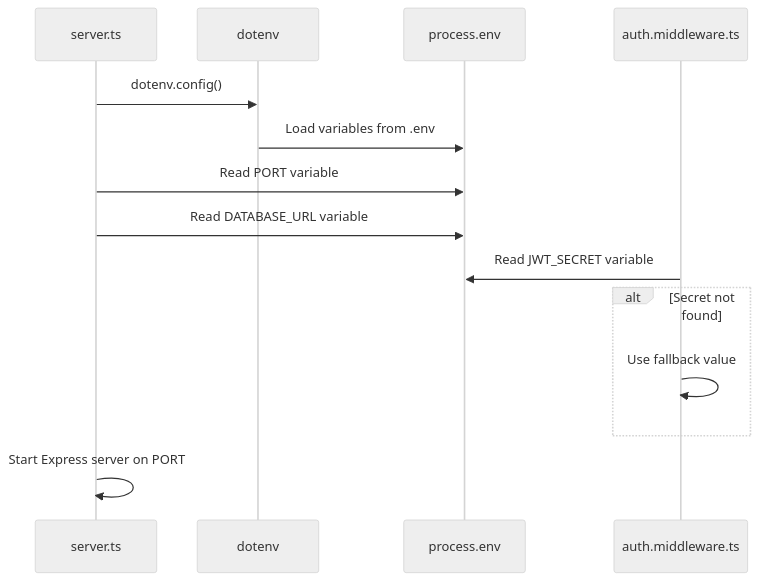
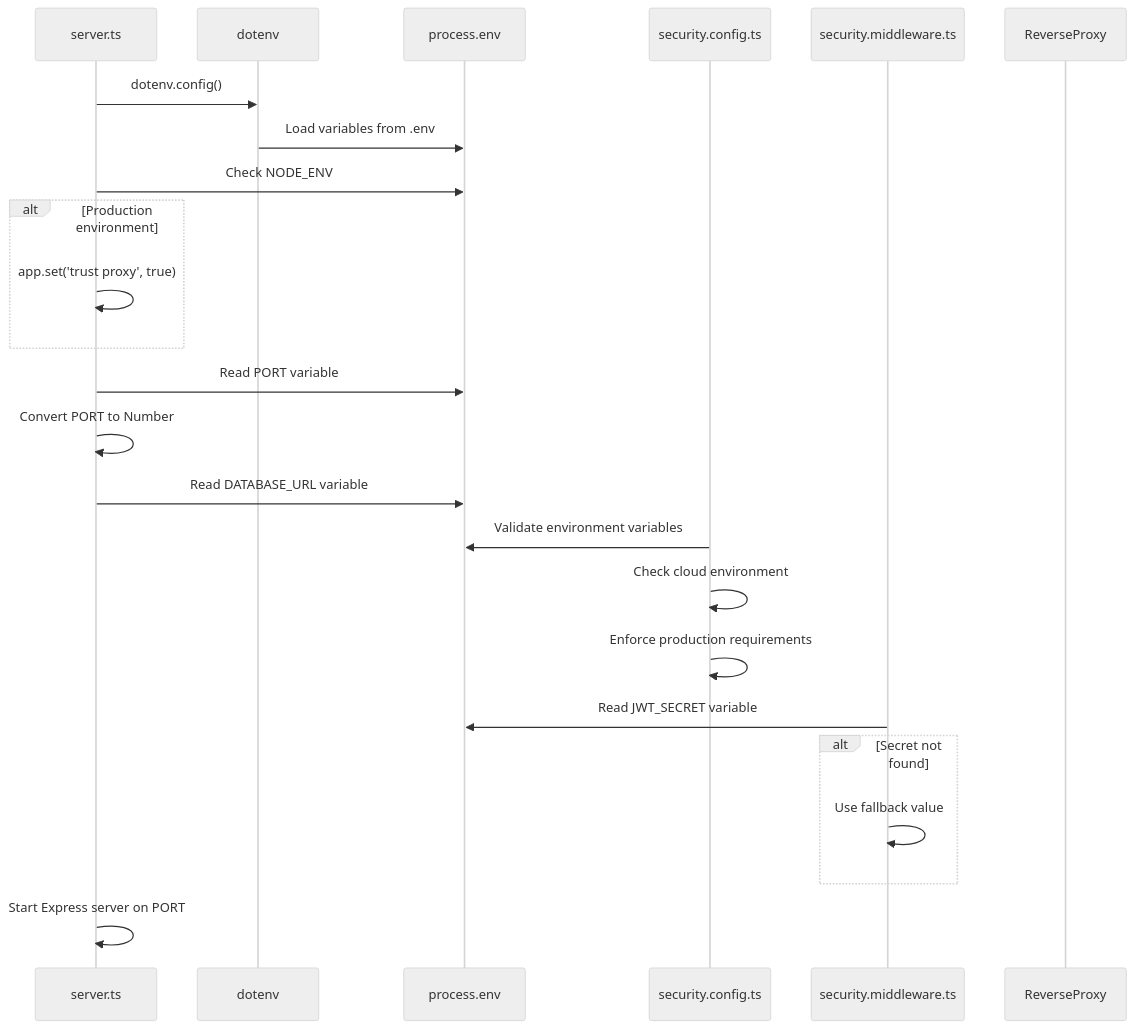
The second of 4 diagrams in .qoder/repowiki/en/content/Configuration & Customization/Environment Configuration.md (Brimstow/ThumPiks), drawn with Mermaid (neutral theme) before and after one commit. The commit also changed other lines of this file and 900 other files, not shown here.

````diff
--- a/.qoder/repowiki/en/content/Configuration & Customization/Environment Configuration.md
+++ b/.qoder/repowiki/en/content/Configuration & Customization/Environment Configuration.md
@@ -68,16 +97,26 @@
 ```mermaid
 sequenceDiagram
 participant Server as server.ts
 participant Dotenv as dotenv
 participant Process as process.env
-participant Middleware as auth.middleware.ts
+participant Security as security.config.ts
+participant Middleware as security.middleware.ts
+participant Proxy as ReverseProxy
 Server->>Dotenv : dotenv.config()
 Dotenv->>Process : Load variables from .env
+Server->>Process : Check NODE_ENV
+alt Production environment
+Server->>Server : app.set('trust proxy', true)
+end
 Server->>Process : Read PORT variable
+Server->>Server : Convert PORT to Number
 Server->>Process : Read DATABASE_URL variable
+Security->>Process : Validate environment variables
+Security->>Security : Check cloud environment
+Security->>Security : Enforce production requirements
 Middleware->>Process : Read JWT_SECRET variable
 alt Secret not found
 Middleware->>Middleware : Use fallback value
 end
 Server->>Server : Start Express server on PORT
 ```
````
